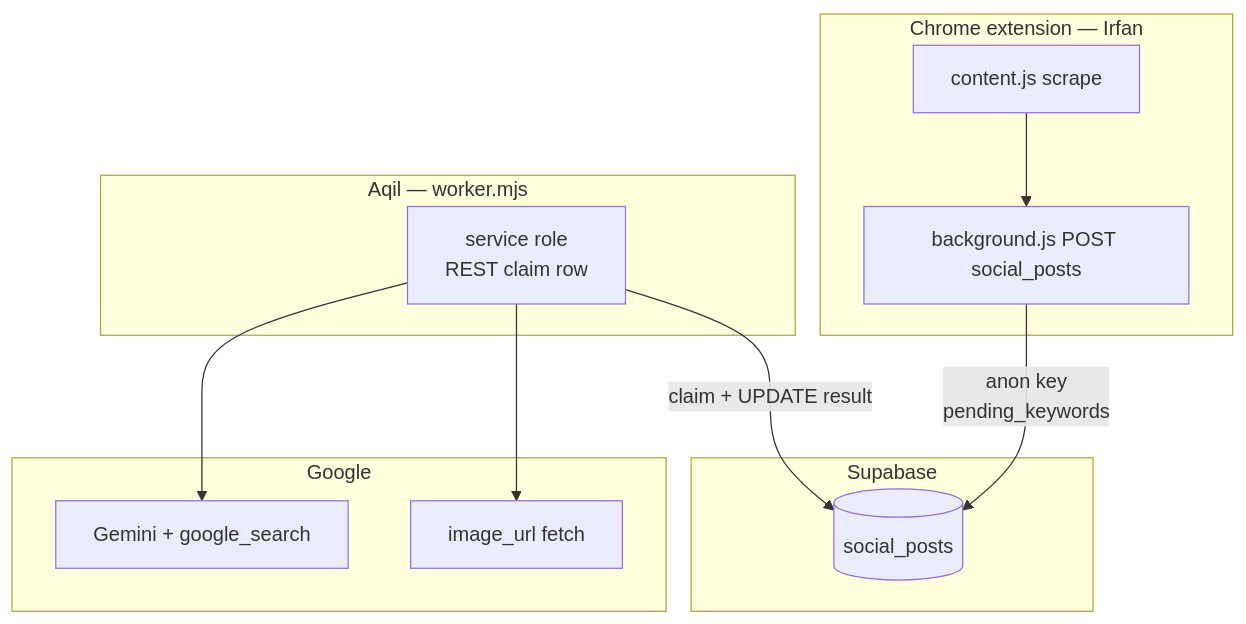
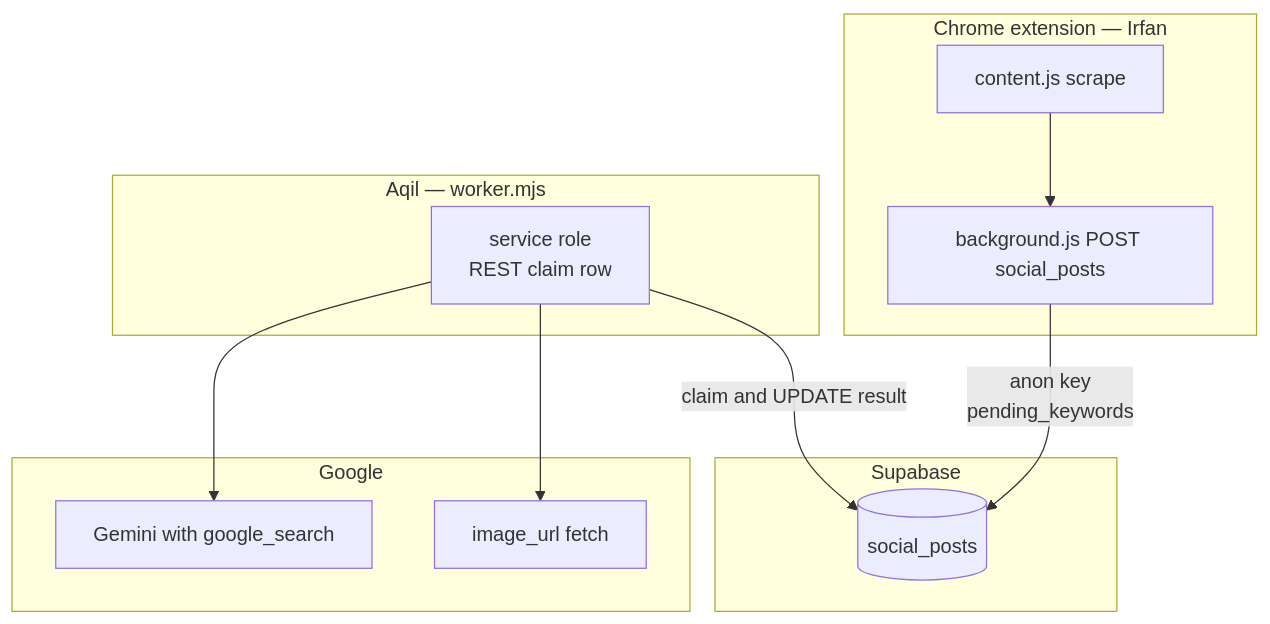
Before and after one commit to IlhamKassim/laila-coders: the first of 2 diagrams in ai-track/docs/supabase/SUPABASE_BRIDGE.md, drawn with Mermaid. The commit also changed other lines of this file and 1 other file, not shown here.

Commit message:
does readme work now?

````diff
--- a/ai-track/docs/supabase/SUPABASE_BRIDGE.md
+++ b/ai-track/docs/supabase/SUPABASE_BRIDGE.md
@@ -7,26 +7,26 @@
 ```mermaid
 flowchart TB
   subgraph ext["Chrome extension — Irfan"]
     CS[content.js scrape]
     BG[background.js POST social_posts]
   end
 
   subgraph supa["Supabase"]
     PG[(social_posts)]
   end
 
   subgraph worker_host["Aqil — worker.mjs"]
     W[service role\nREST claim row]
   end
 
   subgraph google["Google"]
-    GM[Gemini + google_search]
+    GM[Gemini with google_search]
     IMG[image_url fetch]
   end
 
   CS --> BG
   BG -->|"anon key\npending_keywords"| PG
-  W -->|"claim + UPDATE result"| PG
+  W -->|"claim and UPDATE result"| PG
   W --> GM
   W --> IMG
 ```
````
